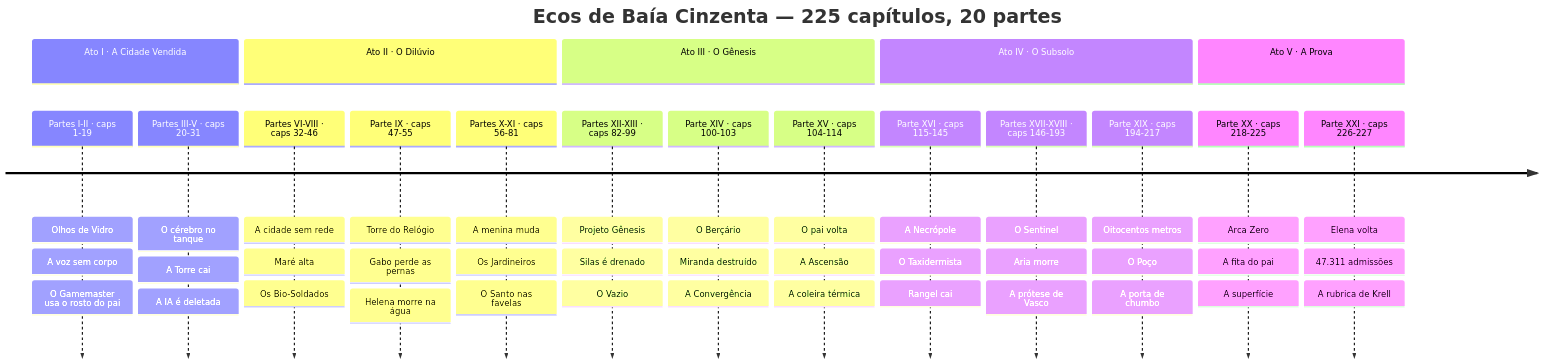
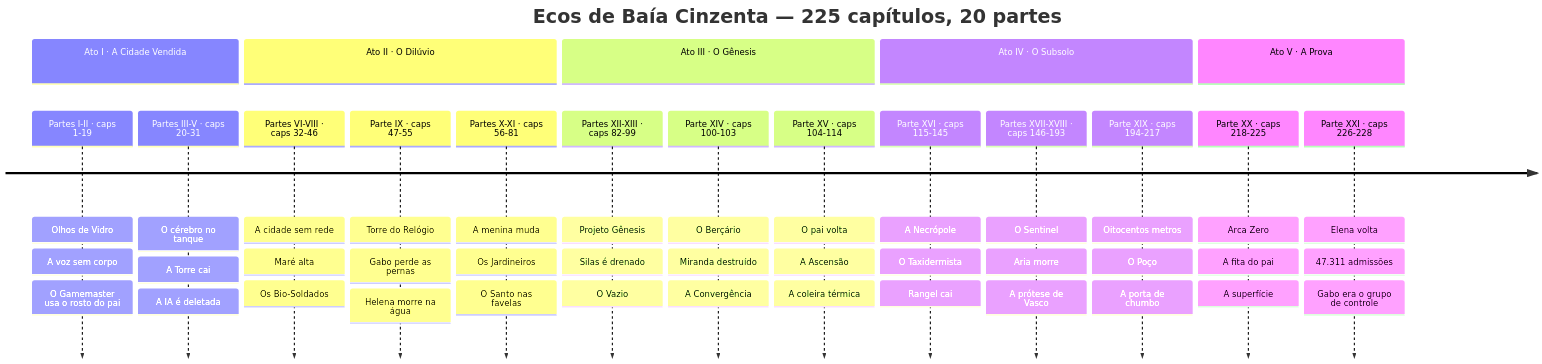
One commit to juninmd/ecos-de-baia-cinzenta changed the first of 4 diagrams in docs/arcos.md. Above: the diagram before and after it, drawn with Mermaid. The commit also changed other lines of this file and 129 other files, not shown here.

````diff
--- a/docs/arcos.md
+++ b/docs/arcos.md
@@ -14,22 +14,22 @@
 ```mermaid
 timeline
     title Ecos de Baía Cinzenta — 225 capítulos, 20 partes
     section Ato I · A Cidade Vendida
         Partes I-II · caps 1-19 : Olhos de Vidro : A voz sem corpo : O Gamemaster usa o rosto do pai
         Partes III-V · caps 20-31 : O cérebro no tanque : A Torre cai : A IA é deletada
     section Ato II · O Dilúvio
         Partes VI-VIII · caps 32-46 : A cidade sem rede : Maré alta : Os Bio-Soldados
         Parte IX · caps 47-55 : Torre do Relógio : Gabo perde as pernas : Helena morre na água
         Partes X-XI · caps 56-81 : A menina muda : Os Jardineiros : O Santo nas favelas
     section Ato III · O Gênesis
         Partes XII-XIII · caps 82-99 : Projeto Gênesis : Silas é drenado : O Vazio
         Parte XIV · caps 100-103 : O Berçário : Miranda destruído : A Convergência
         Parte XV · caps 104-114 : O pai volta : A Ascensão : A coleira térmica
     section Ato IV · O Subsolo
         Parte XVI · caps 115-145 : A Necrópole : O Taxidermista : Rangel cai
         Partes XVII-XVIII · caps 146-193 : O Sentinel : Aria morre : A prótese de Vasco
         Parte XIX · caps 194-217 : Oitocentos metros : O Poço : A porta de chumbo
     section Ato V · A Prova
         Parte XX · caps 218-225 : Arca Zero : A fita do pai : A superfície
-        Parte XXI · caps 226-227 : Elena volta : 47.311 admissões : A rubrica de Krell
+        Parte XXI · caps 226-228 : Elena volta : 47.311 admissões : Gabo era o grupo de controle
 ```
````
